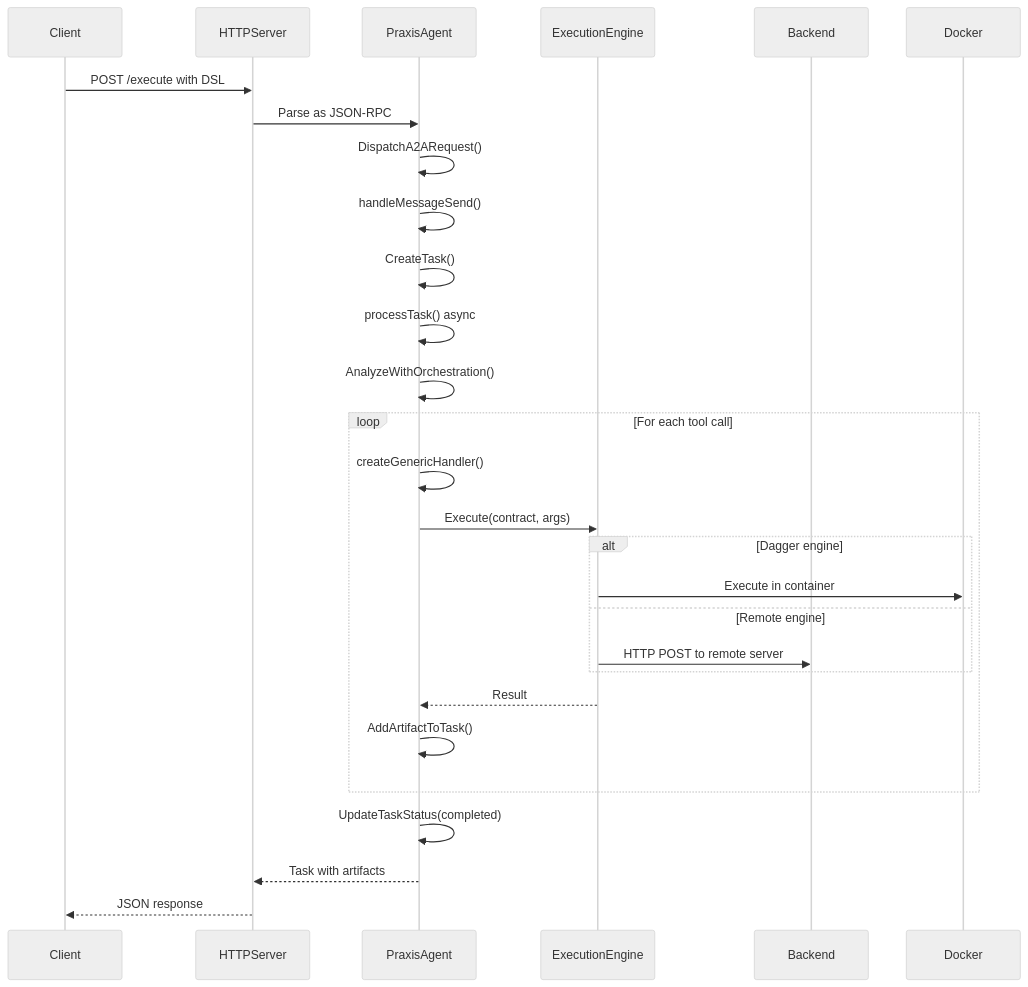
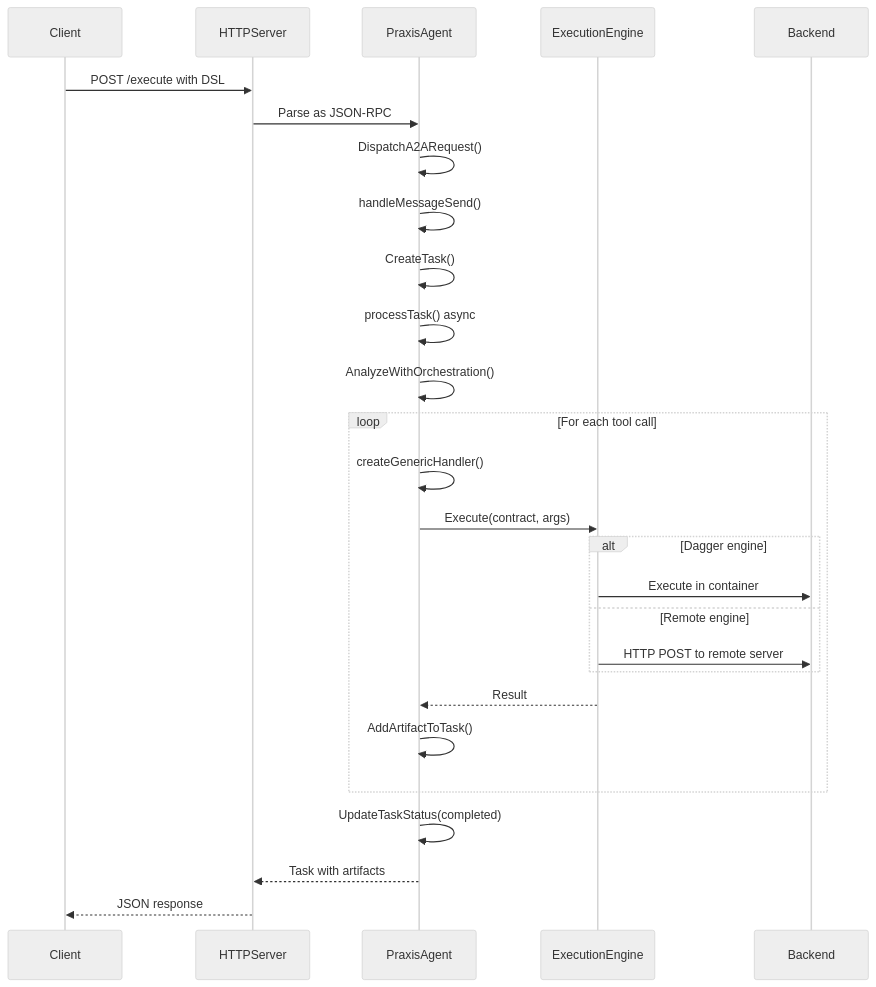
Before and after one commit to prxs-ai/praxis-go-sdk: the sixth of 6 diagrams in docs/Architecture Overview/Execution Engine Abstraction/Execution Engine Interface Contract.md, drawn with Mermaid (neutral theme). The commit also changed other lines of this file and 33 other files, not shown here.

````diff
--- a/docs/Architecture Overview/Execution Engine Abstraction/Execution Engine Interface Contract.md
+++ b/docs/Architecture Overview/Execution Engine Abstraction/Execution Engine Interface Contract.md
@@ -350,29 +355,29 @@
 ```mermaid
 sequenceDiagram
 participant Client
 participant HTTPServer
 participant PraxisAgent
 participant ExecutionEngine
 participant Backend
-Client->>HTTPServer : POST /execute with DSL
-HTTPServer->>PraxisAgent : Parse as JSON-RPC
-PraxisAgent->>PraxisAgent : DispatchA2ARequest()
-PraxisAgent->>PraxisAgent : handleMessageSend()
-PraxisAgent->>PraxisAgent : CreateTask()
-PraxisAgent->>PraxisAgent : processTask() async
-PraxisAgent->>PraxisAgent : AnalyzeWithOrchestration()
+Client->>HTTPServer: POST /execute with DSL
+HTTPServer->>PraxisAgent: Parse as JSON-RPC
+PraxisAgent->>PraxisAgent: DispatchA2ARequest()
+PraxisAgent->>PraxisAgent: handleMessageSend()
+PraxisAgent->>PraxisAgent: CreateTask()
+PraxisAgent->>PraxisAgent: processTask() async
+PraxisAgent->>PraxisAgent: AnalyzeWithOrchestration()
 loop For each tool call
-PraxisAgent->>PraxisAgent : createGenericHandler()
-PraxisAgent->>ExecutionEngine : Execute(contract, args)
+PraxisAgent->>PraxisAgent: createGenericHandler()
+PraxisAgent->>ExecutionEngine: Execute(contract, args)
 alt Dagger engine
-ExecutionEngine->>Docker : Execute in container
+ExecutionEngine->>Backend: Execute in container
 else Remote engine
-ExecutionEngine->>Backend : HTTP POST to remote server
+ExecutionEngine->>Backend: HTTP POST to remote server
 end
-ExecutionEngine-->>PraxisAgent : Result
-PraxisAgent->>PraxisAgent : AddArtifactToTask()
+ExecutionEngine-->>PraxisAgent: Result
+PraxisAgent->>PraxisAgent: AddArtifactToTask()
 end
-PraxisAgent->>PraxisAgent : UpdateTaskStatus(completed)
-PraxisAgent-->>HTTPServer : Task with artifacts
-HTTPServer-->>Client : JSON response
+PraxisAgent->>PraxisAgent: UpdateTaskStatus(completed)
+PraxisAgent-->>HTTPServer: Task with artifacts
+HTTPServer-->>Client: JSON response
 ```
````
